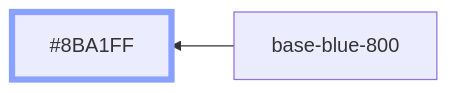
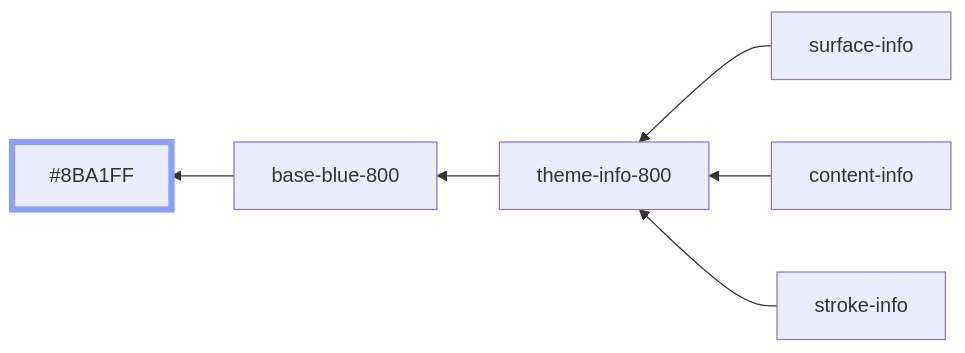
Diagram 40 of 51 in styles/dist/main.md (oxidecomputer/design-system), drawn with Mermaid before and after one commit. The commit also changed other lines of this file and 8 other files, not shown here.

````diff
--- a/styles/dist/main.md
+++ b/styles/dist/main.md
@@ -466,6 +482,10 @@
 ```mermaid
 graph RL
   base-blue-800 --> #8BA1FF:::base-blue-800
+  surface-info --> theme-info-800
+  content-info --> theme-info-800
+  stroke-info --> theme-info-800
+  theme-info-800 --> base-blue-800
 
 	classDef base-blue-800 stroke-width:5,stroke:#8BA1FF
 ```
````
